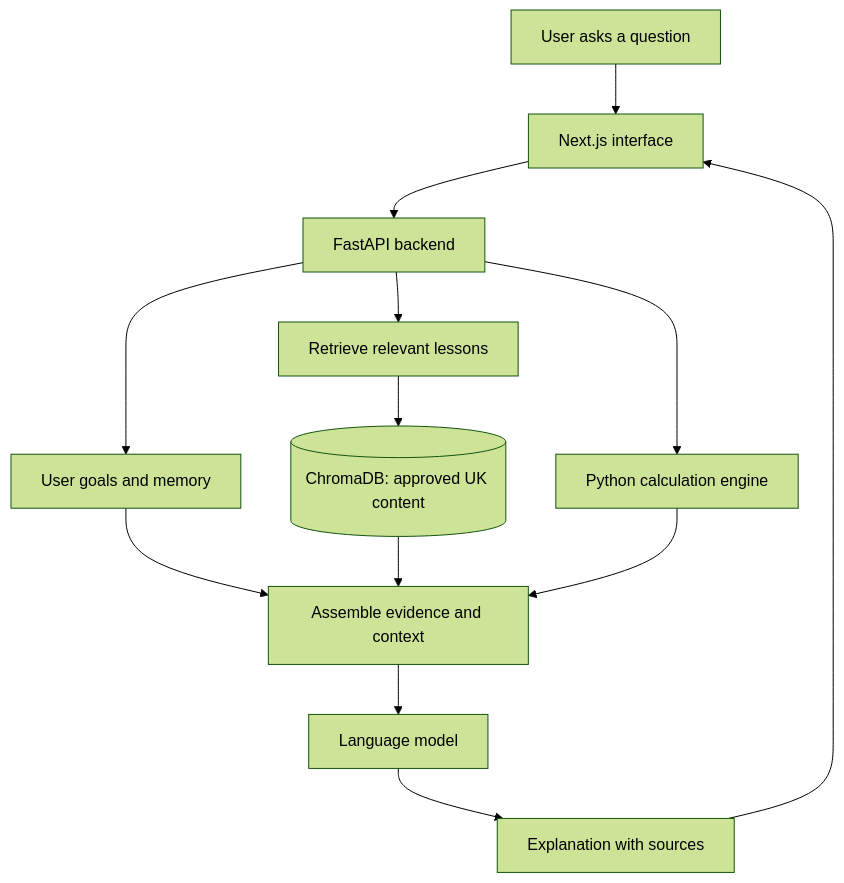
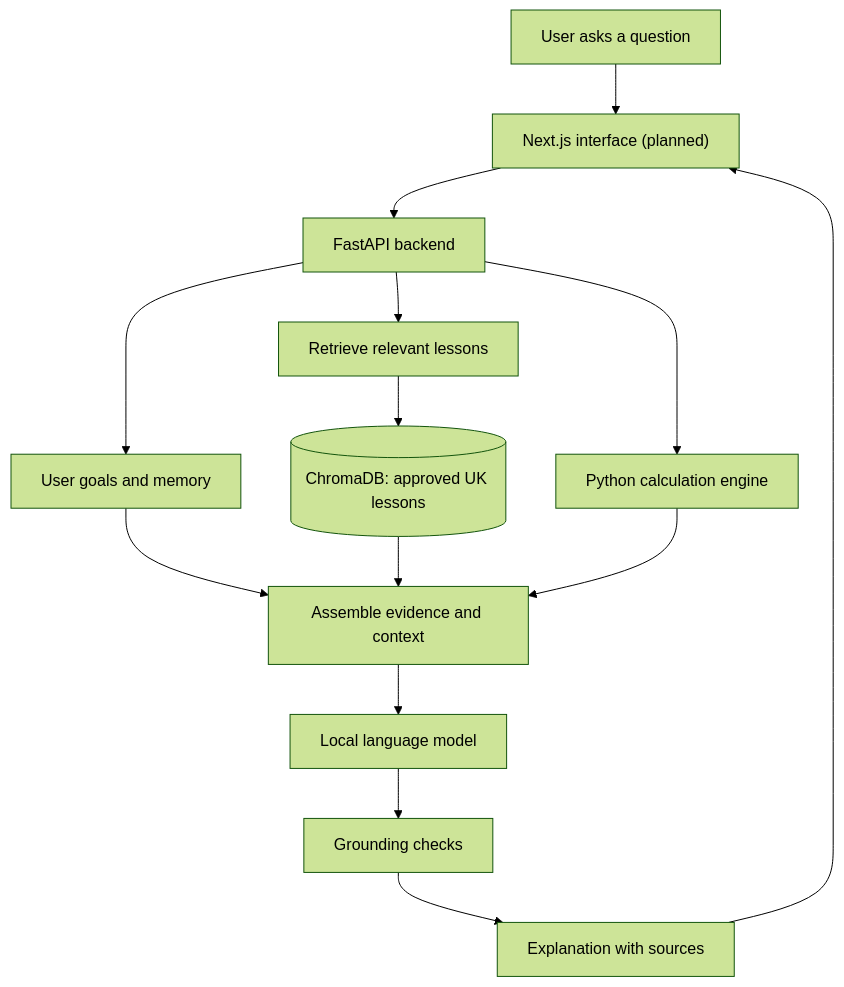
The diagram in README.md (Valorz1/NetValor), drawn with Mermaid (forest theme) before and after one commit. The commit also changed other lines of this file, not shown here.

````diff
--- a/README.md
+++ b/README.md
@@ -80,15 +87,16 @@
 ```mermaid
 flowchart TD
-    U["User asks a question"] --> UI["Next.js interface"]
+    U["User asks a question"] --> UI["Next.js interface (planned)"]
     UI --> API["FastAPI backend"]
     API --> M["User goals and memory"]
     API --> R["Retrieve relevant lessons"]
-    R --> DB[("ChromaDB: approved UK content")]
+    R --> DB[("ChromaDB: approved UK lessons")]
     API --> C["Python calculation engine"]
     M --> P["Assemble evidence and context"]
     DB --> P
     C --> P
-    P --> LLM["Language model"]
-    LLM --> OUT["Explanation with sources"]
+    P --> LLM["Local language model"]
+    LLM --> G["Grounding checks"]
+    G --> OUT["Explanation with sources"]
     OUT --> UI
 ```
````
